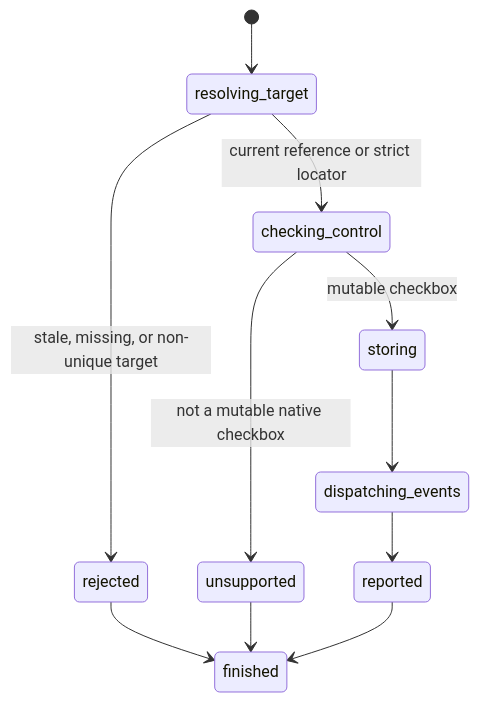
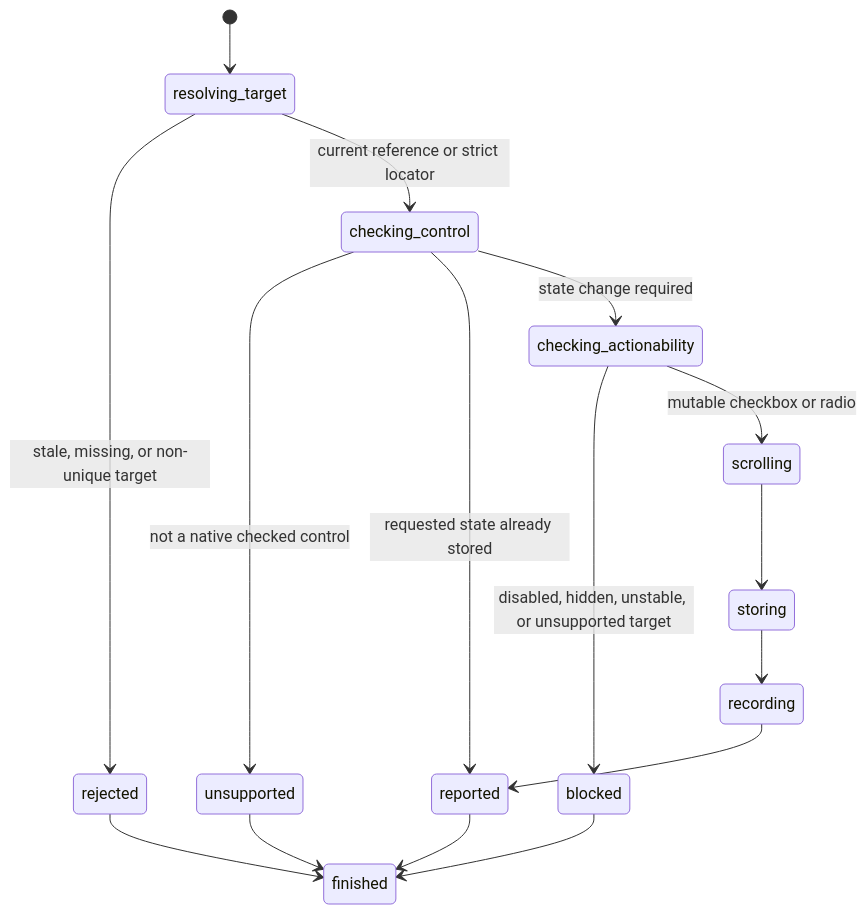
The diagram in interaction/set-checked.md (thoriqakbar0/browser.jr), drawn with Mermaid before and after one commit. The commit also changed other lines of this file and 80 other files, not shown here.

````diff
--- a/interaction/set-checked.md
+++ b/interaction/set-checked.md
@@ -23,13 +29,18 @@
 ```mermaid
 stateDiagram-v2
     [*] --> resolving_target
     resolving_target --> rejected : stale, missing, or non-unique target
     resolving_target --> checking_control : current reference or strict locator
-    checking_control --> unsupported : not a mutable native checkbox
-    checking_control --> storing : mutable checkbox
-    storing --> dispatching_events
-    dispatching_events --> reported
+    checking_control --> unsupported : not a native checked control
+    checking_control --> reported : requested state already stored
+    checking_control --> checking_actionability : state change required
+    checking_actionability --> blocked : disabled, hidden, unstable, or unsupported target
+    checking_actionability --> scrolling : mutable checkbox or radio
+    scrolling --> storing
+    storing --> recording
+    recording --> reported
     rejected --> finished
+    blocked --> finished
     unsupported --> finished
     reported --> finished
 ```
````
